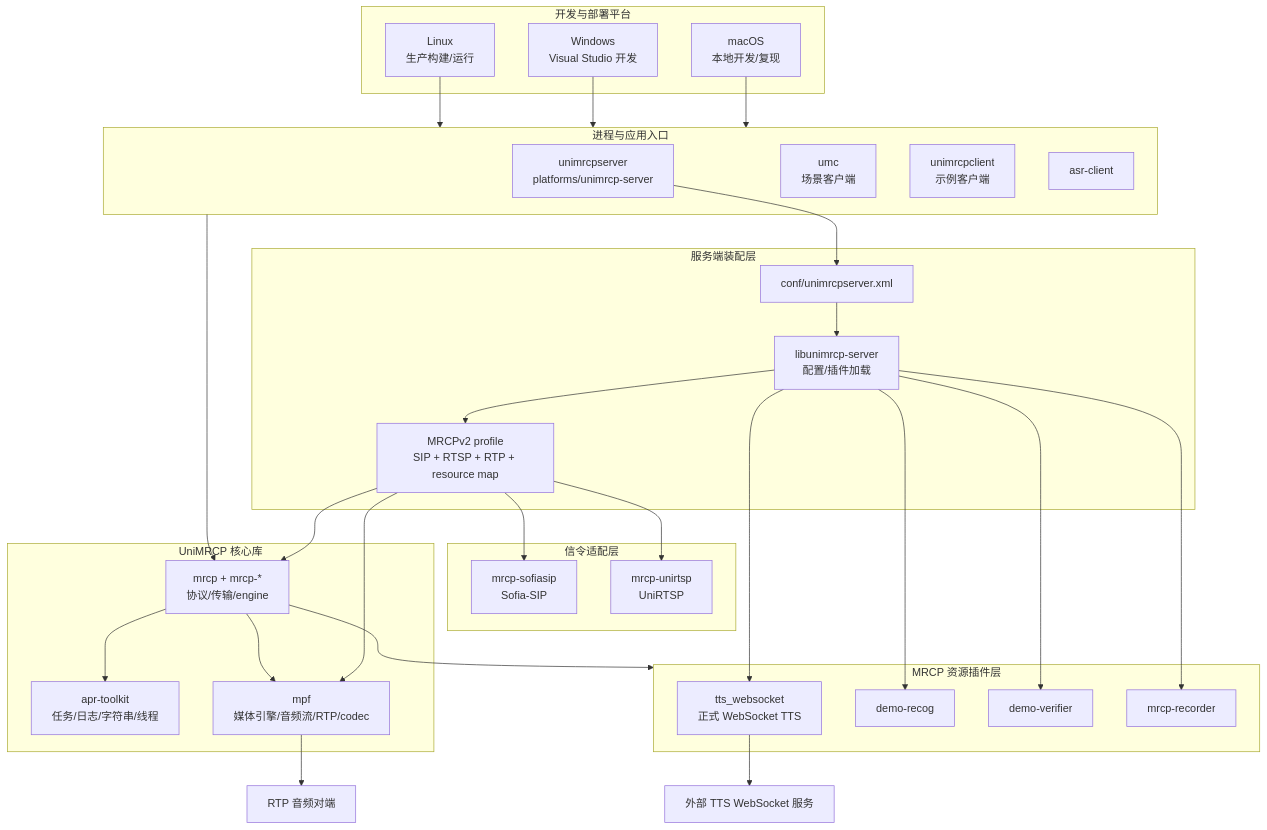
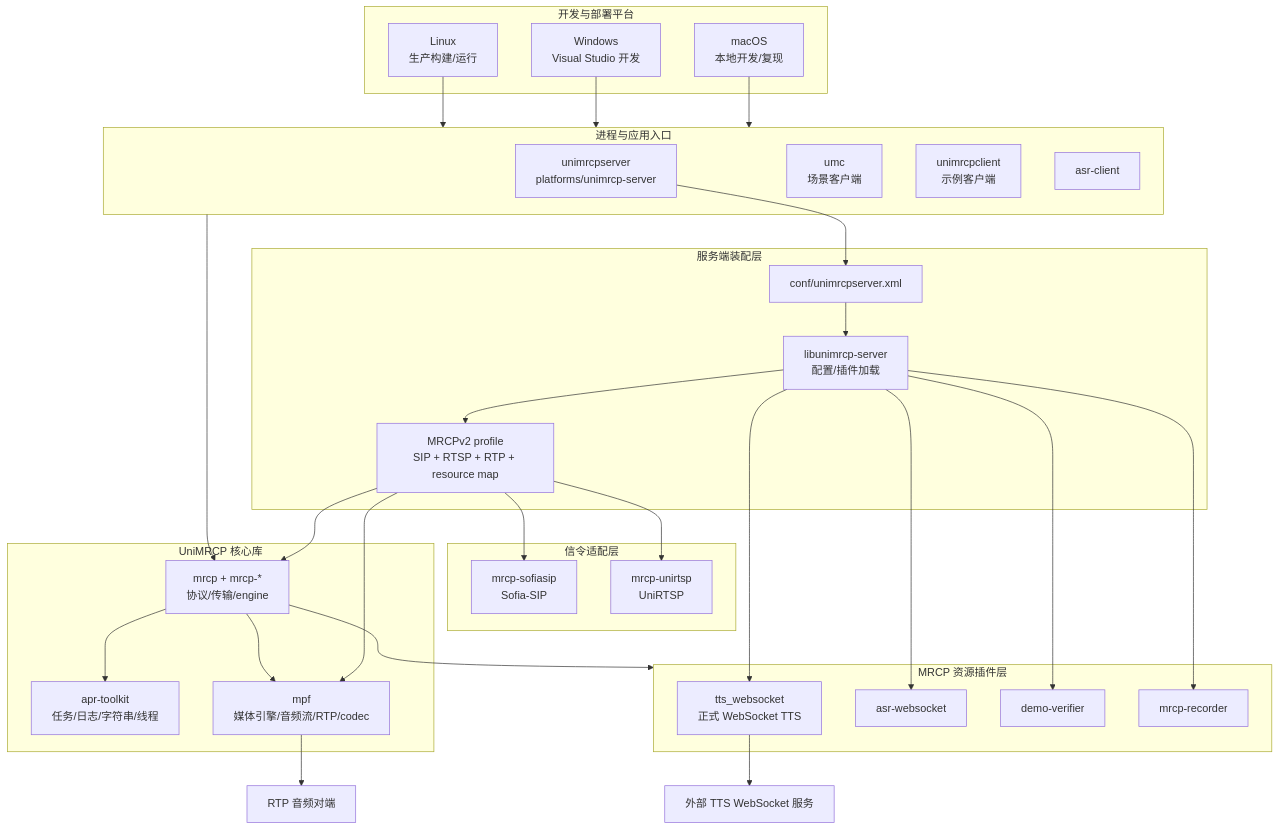
The first of 2 diagrams in AGENTS.md (hrygo/tte-mrcp), drawn with Mermaid before and after one commit. The commit also changed other lines of this file and 51 other files, not shown here.

First line of the commit message:
refactor(asr-websocket): formalize production recognizer plugin

````diff
--- a/AGENTS.md
+++ b/AGENTS.md
@@ -63,63 +63,63 @@
 ```mermaid
 flowchart TB
     subgraph Platforms["开发与部署平台"]
         Mac["macOS\n本地开发/复现"]
         Win["Windows\nVisual Studio 开发"]
         Linux["Linux\n生产构建/运行"]
     end
 
     subgraph Apps["进程与应用入口"]
         Server["unimrcpserver\nplatforms/unimrcp-server"]
         UMC["umc\n场景客户端"]
         Client["unimrcpclient\n示例客户端"]
         ASR["asr-client"]
     end
 
     subgraph Assembly["服务端装配层"]
         XML["conf/unimrcpserver.xml"]
         Loader["libunimrcp-server\n配置/插件加载"]
         Profile["MRCPv2 profile\nSIP + RTSP + RTP + resource map"]
     end
 
     subgraph Modules["信令适配层"]
         Sofia["mrcp-sofiasip\nSofia-SIP"]
         UniRTSP["mrcp-unirtsp\nUniRTSP"]
     end
 
     subgraph Core["UniMRCP 核心库"]
         APT["apr-toolkit\n任务/日志/字符串/线程"]
         MPF["mpf\n媒体引擎/音频流/RTP/codec"]
         MRCP["mrcp + mrcp-*\n协议/传输/engine"]
     end
 
     subgraph Plugins["MRCP 资源插件层"]
         TTS["tts_websocket\n正式 WebSocket TTS"]
-        Recog["demo-recog"]
+        Recog["asr-websocket"]
         Verify["demo-verifier"]
         Recorder["mrcp-recorder"]
     end
 
     TTSService["外部 TTS WebSocket 服务"]
     RTP["RTP 音频对端"]
 
     Mac --> Apps
     Win --> Apps
     Linux --> Apps
     Server --> XML
     XML --> Loader
     Loader --> Profile
     Profile --> Sofia
     Profile --> UniRTSP
     Profile --> MRCP
     Profile --> MPF
     Loader --> TTS
     Loader --> Recog
     Loader --> Verify
     Loader --> Recorder
     Apps --> MRCP
     MRCP --> APT
     MRCP --> MPF
     MRCP --> Plugins
     MPF --> RTP
     TTS --> TTSService
 ```
````
